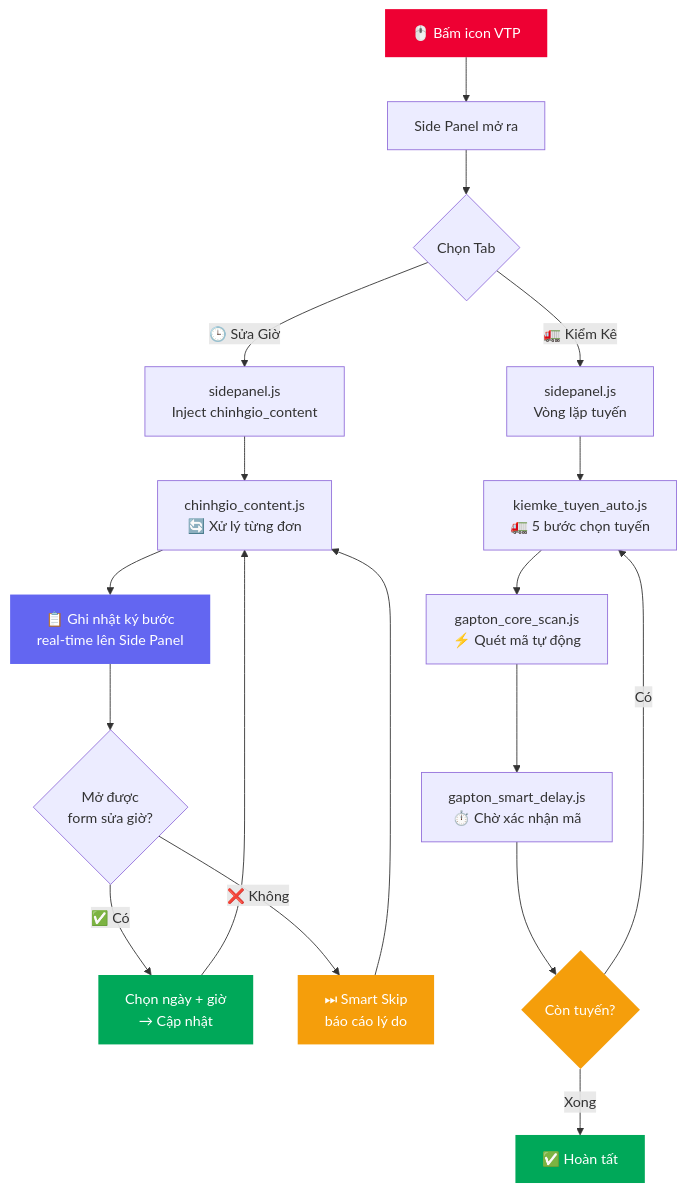
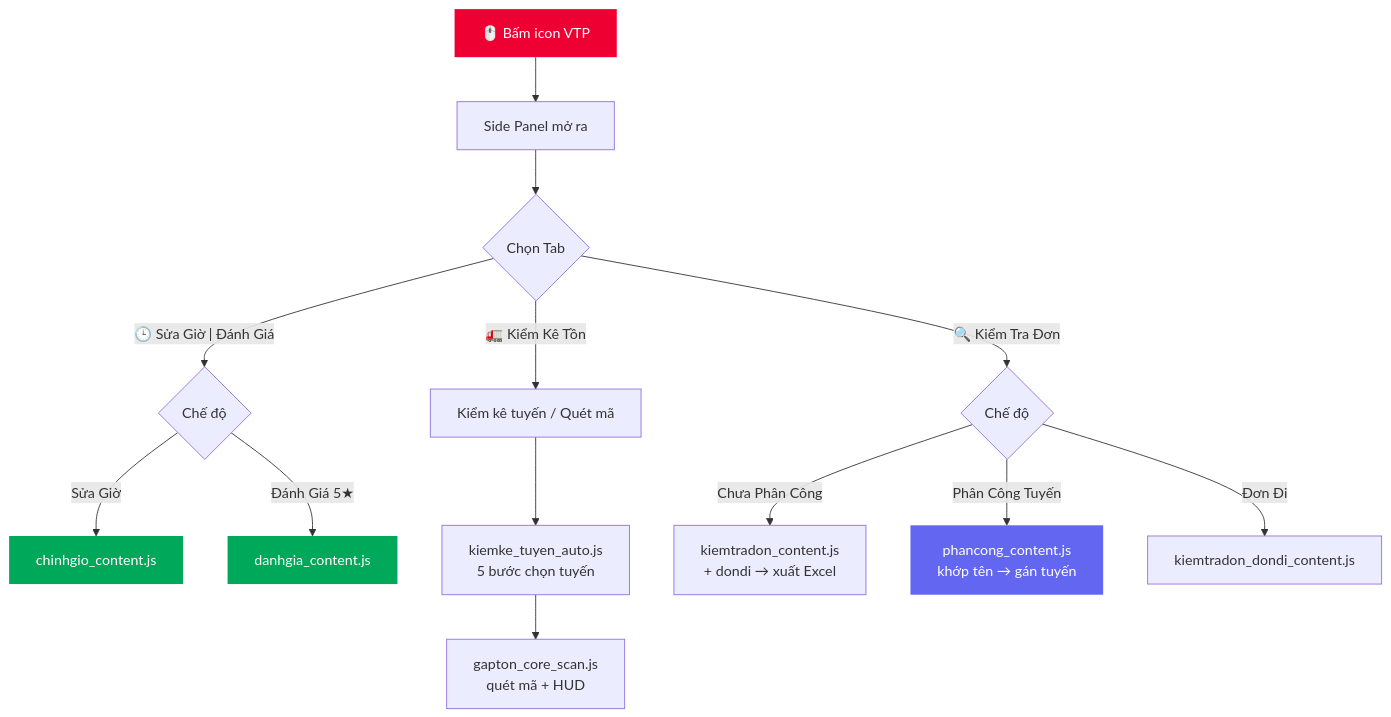
The diagram in README.md (duongthaitan/VTP-Auto-GapTon-HenGioLayHang), drawn with Mermaid before and after one commit. The commit also changed other lines of this file and 25 other files, not shown here.

First line of the commit message:
feat: thêm Đánh Giá 5*, Kiểm Tra Đơn, Phân Công Tuyến + redesign UI

````diff
--- a/README.md
+++ b/README.md
@@ -279,30 +311,24 @@
 ```mermaid
 graph TD
     User["🖱️ Bấm icon VTP"] --> SP["Side Panel mở ra"]
     SP --> Tab{Chọn Tab}
 
-    Tab -->|"🕒 Sửa Giờ"| CG["sidepanel.js\nInject chinhgio_content"]
-    Tab -->|"🚛 Kiểm Kê"| KK["sidepanel.js\nVòng lặp tuyến"]
+    Tab -->|"🕒 Sửa Giờ | Đánh Giá"| T1{Chế độ}
+    Tab -->|"🚛 Kiểm Kê Tồn"| T2["Kiểm kê tuyến / Quét mã"]
+    Tab -->|"🔍 Kiểm Tra Đơn"| T3{Chế độ}
 
-    CG --> CGE["chinhgio_content.js\n🔄 Xử lý từng đơn"]
-    CGE --> CGL["📋 Ghi nhật ký bước\nreal-time lên Side Panel"]
-    CGL --> CGS{Mở được\nform sửa giờ?}
-    CGS -->|"✅ Có"| CGU["Chọn ngày + giờ\n→ Cập nhật"]
-    CGS -->|"❌ Không"| CGK["⏭ Smart Skip\nbáo cáo lý do"]
-    CGU --> CGE
-    CGK --> CGE
+    T1 -->|"Sửa Giờ"| CG["chinhgio_content.js"]
+    T1 -->|"Đánh Giá 5★"| DG["danhgia_content.js"]
 
-    KK --> KKA["kiemke_tuyen_auto.js\n🚛 5 bước chọn tuyến"]
-    KKA --> KKB["gapton_core_scan.js\n⚡ Quét mã tự động"]
-    KKB --> KKC["gapton_smart_delay.js\n⏱️ Chờ xác nhận mã"]
-    KKC --> KKD{Còn tuyến?}
-    KKD -->|"Có"| KKA
-    KKD -->|"Xong"| Done["✅ Hoàn tất"]
+    T2 --> KKA["kiemke_tuyen_auto.js<br/>5 bước chọn tuyến"]
+    KKA --> KKB["gapton_core_scan.js<br/>quét mã + HUD"]
+
+    T3 -->|"Chưa Phân Công"| CPC["kiemtradon_content.js<br/>+ dondi → xuất Excel"]
+    T3 -->|"Phân Công Tuyến"| PC["phancong_content.js<br/>khớp tên → gán tuyến"]
+    T3 -->|"Đơn Đi"| DD["kiemtradon_dondi_content.js"]
 
     style User fill:#EE0033,color:#fff,stroke:none
-    style CGU fill:#00A859,color:#fff,stroke:none
-    style CGK fill:#F59E0B,color:#fff,stroke:none
-    style CGL fill:#6366f1,color:#fff,stroke:none
-    style Done fill:#00A859,color:#fff,stroke:none
-    style KKD fill:#F59E0B,color:#fff,stroke:none
+    style CG fill:#00A859,color:#fff,stroke:none
+    style DG fill:#00A859,color:#fff,stroke:none
+    style PC fill:#6366f1,color:#fff,stroke:none
 ```
````
